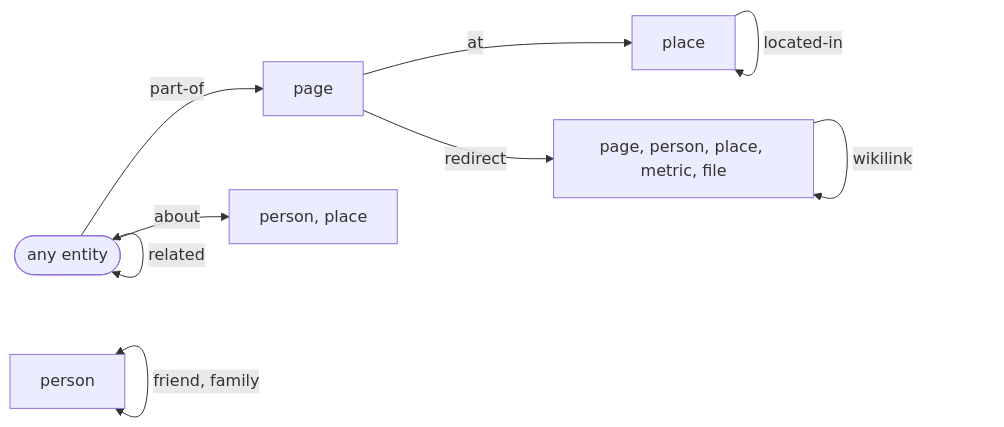
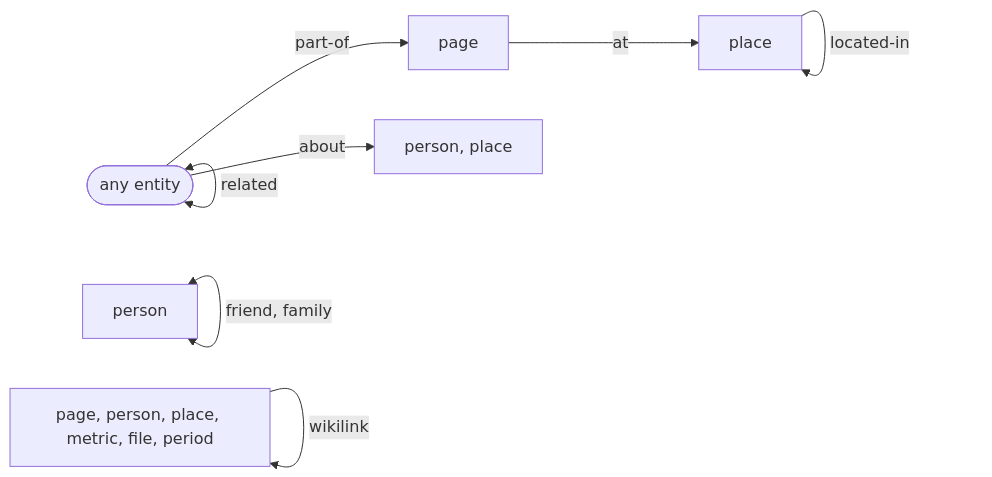
Before and after one commit to alexradunet/lifelogdb: the diagram in docs/architecture/link-rules.md, drawn with Mermaid. The commit also changed 233 other files, not shown here.

````diff
--- a/docs/architecture/link-rules.md
+++ b/docs/architecture/link-rules.md
@@ -7,20 +7,19 @@
 ```mermaid
 %% diagram: link-map
 flowchart LR
     any(["any entity"])
     person["person"]
     place["place"]
     page["page"]
     named["person, place"]
-    titled["page, person, place, metric, file"]
+    titled["page, person, place, metric, file, period"]
 
     any -->|"about"| named
     any <-->|"related"| any
     page -->|"at"| place
     person -->|"parent-of"| person
     person <-->|"friend, family"| person
     place -->|"located-in"| place
     any -->|"part-of"| page
-    page -->|"redirect"| titled
     titled -->|"wikilink"| titled
 ```
````
